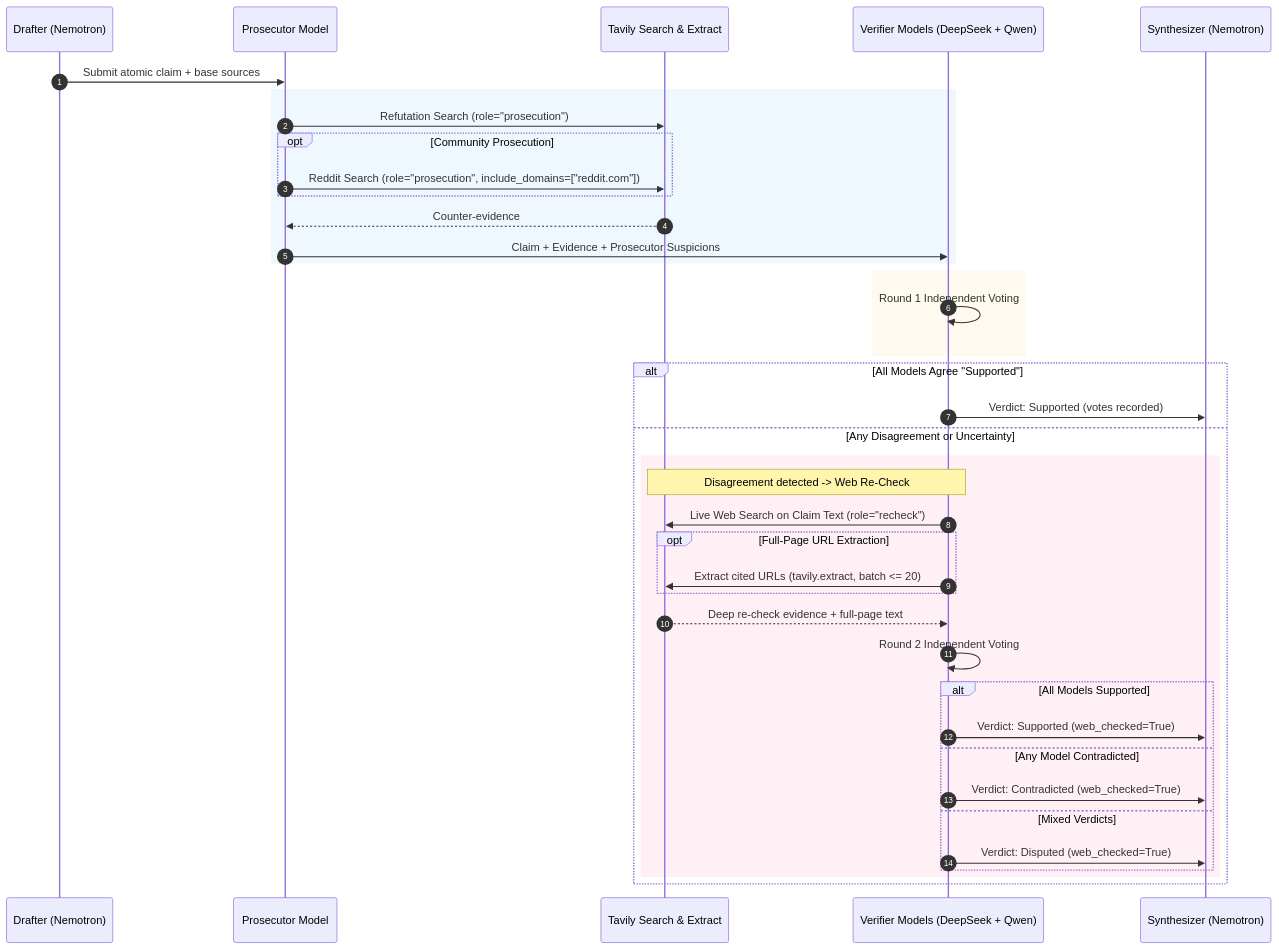
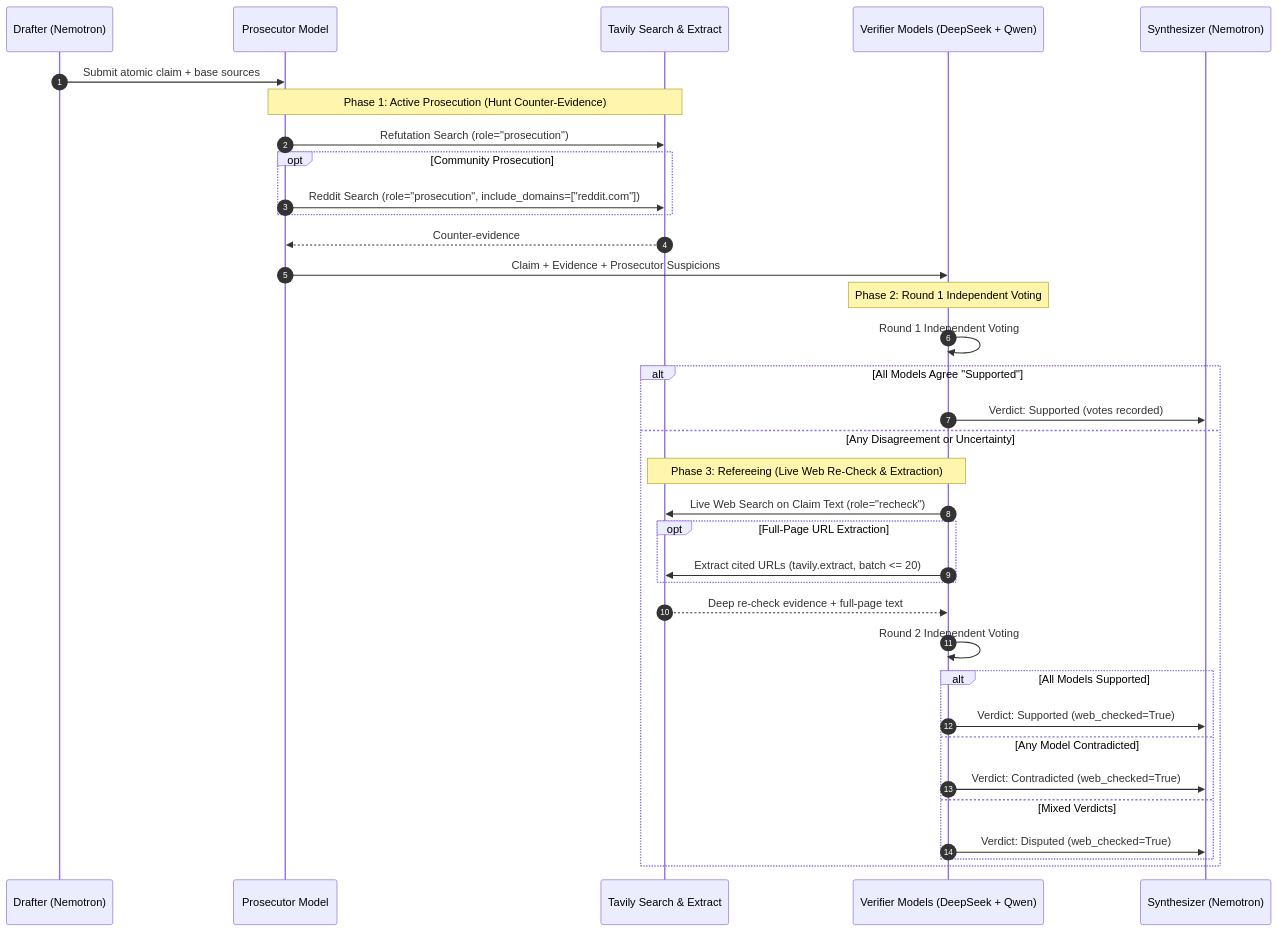
Before and after one commit to Siddhant75/vera: the second of 2 diagrams in README.md, drawn with Mermaid. The commit also changed 1 other file, not shown here.

Commit message:
fix(docs): Fix Mermaid sequence diagram parsing on GitHub
Replace fragile rect rgb blocks with standard Note over phase headers in sequence diagrams to prevent syntax parse errors on GitHub.

Quote node labels containing comparison operators in flowchart diagrams.

````diff
--- a/README.md
+++ b/README.md
@@ -138,44 +138,40 @@
 ```mermaid
 sequenceDiagram
     autonumber
     participant D as Drafter (Nemotron)
     participant P as Prosecutor Model
     participant T as Tavily Search & Extract
     participant V as Verifier Models (DeepSeek + Qwen)
     participant S as Synthesizer (Nemotron)
 
     D->>P: Submit atomic claim + base sources
-    rect rgb(240, 248, 255)
-        P->>T: Refutation Search (role="prosecution")
-        opt Community Prosecution
-            P->>T: Reddit Search (role="prosecution", include_domains=["reddit.com"])
-        end
-        T-->>P: Counter-evidence
-        P->>V: Claim + Evidence + Prosecutor Suspicions
+    Note over P,T: Phase 1: Active Prosecution (Hunt Counter-Evidence)
+    P->>T: Refutation Search (role="prosecution")
+    opt Community Prosecution
+        P->>T: Reddit Search (role="prosecution", include_domains=["reddit.com"])
     end
+    T-->>P: Counter-evidence
+    P->>V: Claim + Evidence + Prosecutor Suspicions
 
-    rect rgb(255, 250, 240)
-        V->>V: Round 1 Independent Voting
-    end
+    Note over V: Phase 2: Round 1 Independent Voting
+    V->>V: Round 1 Independent Voting
 
     alt All Models Agree "Supported"
         V->>S: Verdict: Supported (votes recorded)
     else Any Disagreement or Uncertainty
-        rect rgb(255, 240, 245)
-            Note over V,T: Disagreement detected -> Web Re-Check
-            V->>T: Live Web Search on Claim Text (role="recheck")
-            opt Full-Page URL Extraction
-                V->>T: Extract cited URLs (tavily.extract, batch <= 20)
-            end
-            T-->>V: Deep re-check evidence + full-page text
-            V->>V: Round 2 Independent Voting
-            alt All Models Supported
-                V->>S: Verdict: Supported (web_checked=True)
-            else Any Model Contradicted
-                V->>S: Verdict: Contradicted (web_checked=True)
-            else Mixed Verdicts
-                V->>S: Verdict: Disputed (web_checked=True)
-            end
+        Note over V,T: Phase 3: Refereeing (Live Web Re-Check & Extraction)
+        V->>T: Live Web Search on Claim Text (role="recheck")
+        opt Full-Page URL Extraction
+            V->>T: Extract cited URLs (tavily.extract, batch <= 20)
+        end
+        T-->>V: Deep re-check evidence + full-page text
+        V->>V: Round 2 Independent Voting
+        alt All Models Supported
+            V->>S: Verdict: Supported (web_checked=True)
+        else Any Model Contradicted
+            V->>S: Verdict: Contradicted (web_checked=True)
+        else Mixed Verdicts
+            V->>S: Verdict: Disputed (web_checked=True)
         end
     end
 ```
````
